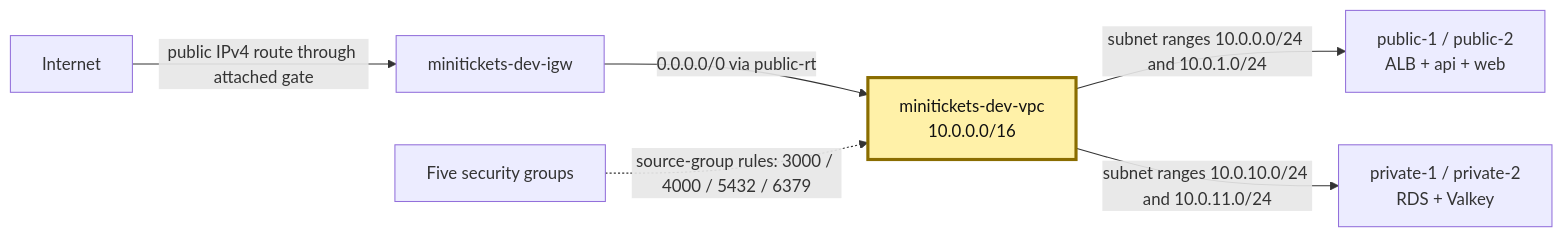
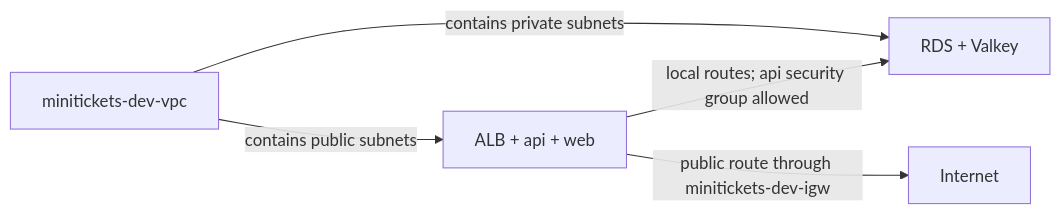
The diagram in docs/handbook/concepts/vpc.md (maheshnd/minitickets), drawn with Mermaid before and after one commit. The commit also changed other lines of this file and 39 other files, not shown here.

````diff
--- a/docs/handbook/concepts/vpc.md
+++ b/docs/handbook/concepts/vpc.md
@@ -14,10 +18,7 @@
 ```mermaid
 flowchart LR
-    internet["Internet"] -->|"public IPv4 route through attached gate"| gate["minitickets-dev-igw"]
-    gate -->|"0.0.0.0/0 via public-rt"| city["minitickets-dev-vpc<br/>10.0.0.0/16"]
-    city -->|"subnet ranges 10.0.0.0/24 and 10.0.1.0/24"| public["public-1 / public-2<br/>ALB + api + web"]
-    city -->|"subnet ranges 10.0.10.0/24 and 10.0.11.0/24"| private["private-1 / private-2<br/>RDS + Valkey"]
-    guards["Five security groups"] -.->|"source-group rules: 3000 / 4000 / 5432 / 6379"| city
-    classDef focus fill:#fff1a8,stroke:#8a6d00,stroke-width:3px,color:#111
-    class city focus
+    vpc["minitickets-dev-vpc"] -->|"contains public subnets"| apps["ALB + api + web"]
+    vpc -->|"contains private subnets"| data["RDS + Valkey"]
+    apps -->|"local routes; api security group allowed"| data
+    apps -->|"public route through minitickets-dev-igw"| internet["Internet"]
 ```
````
